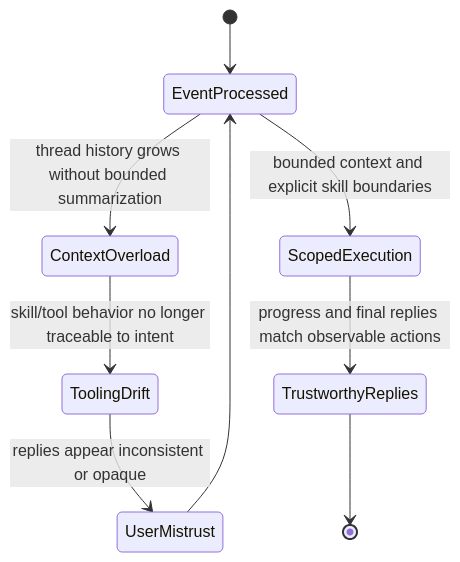
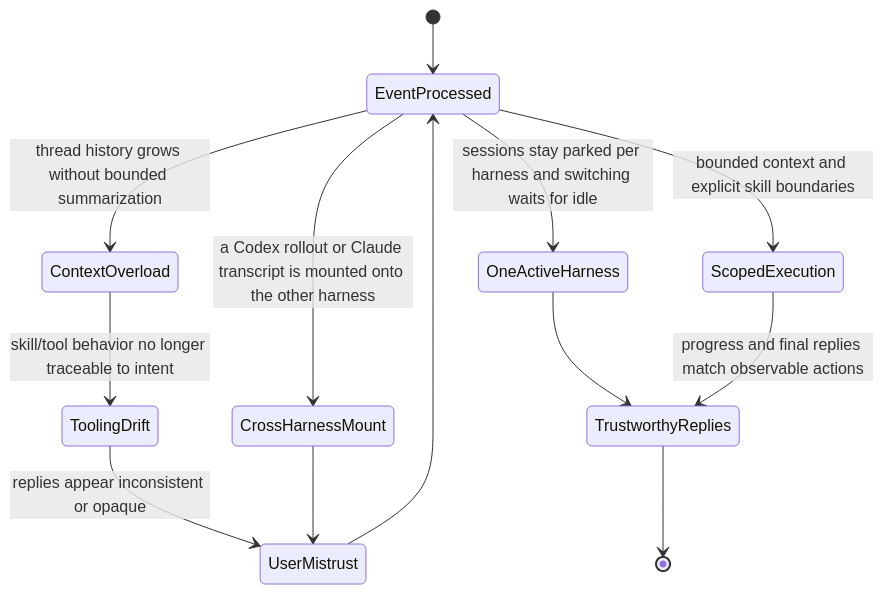
Before and after one commit to eaucoin/alasio: the third of 3 diagrams in README.md, drawn with Mermaid. The commit also changed other lines of this file and 39 other files, not shown here.

````diff
--- a/README.md
+++ b/README.md
@@ -110,11 +132,15 @@
 ```mermaid
 stateDiagram-v2
   [*] --> EventProcessed
   EventProcessed --> ContextOverload: thread history grows without bounded summarization
   ContextOverload --> ToolingDrift: skill/tool behavior no longer traceable to intent
   ToolingDrift --> UserMistrust: replies appear inconsistent or opaque
   UserMistrust --> EventProcessed
+  EventProcessed --> CrossHarnessMount: a Codex rollout or Claude transcript is mounted onto the other harness
+  CrossHarnessMount --> UserMistrust
   EventProcessed --> ScopedExecution: bounded context and explicit skill boundaries
+  EventProcessed --> OneActiveHarness: sessions stay parked per harness and switching waits for idle
+  OneActiveHarness --> TrustworthyReplies
   ScopedExecution --> TrustworthyReplies: progress and final replies match observable actions
   TrustworthyReplies --> [*]
 ```
````
